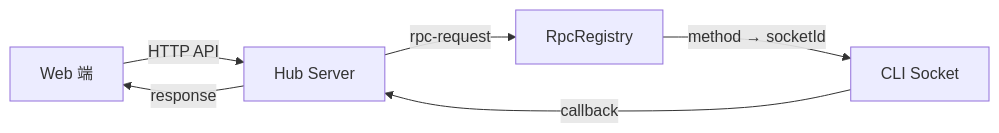
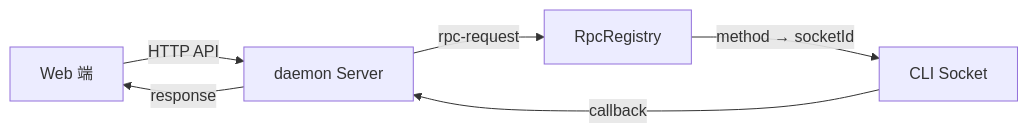
Before and after one commit to ModuBit/mobi: the first of 3 diagrams in docs/architecture/daemon/socket/rpc.md, drawn with Mermaid. The commit also changed other lines of this file and 86 other files, not shown here.

````diff
--- a/docs/architecture/daemon/socket/rpc.md
+++ b/docs/architecture/daemon/socket/rpc.md
@@ -9,7 +9,7 @@
 ```mermaid
 flowchart LR
-    Web[Web 端] -->|HTTP API| Hub[Hub Server]
-    Hub -->|rpc-request| Registry[RpcRegistry]
+    Web[Web 端] -->|HTTP API| daemon[daemon Server]
+    daemon -->|rpc-request| Registry[RpcRegistry]
     Registry -->|method → socketId| CLI[CLI Socket]
-    CLI -->|callback| Hub -->|response| Web
+    CLI -->|callback| daemon -->|response| Web
 ```
````
